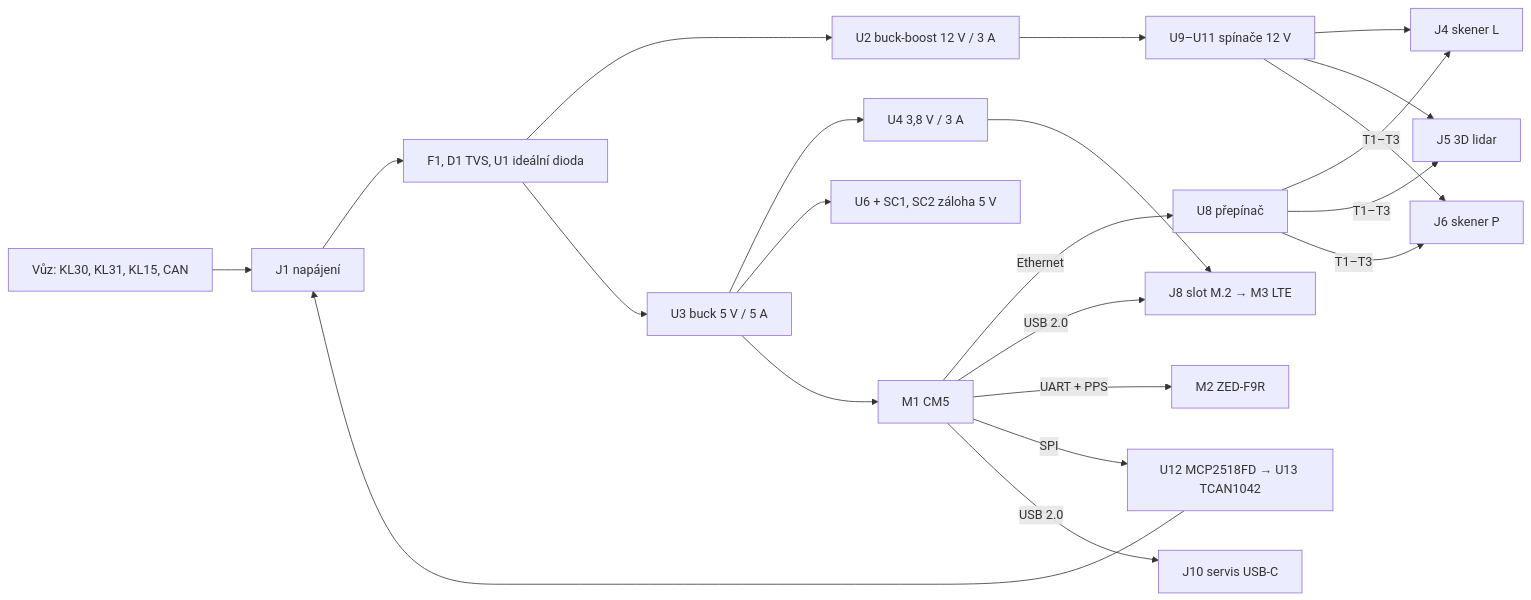
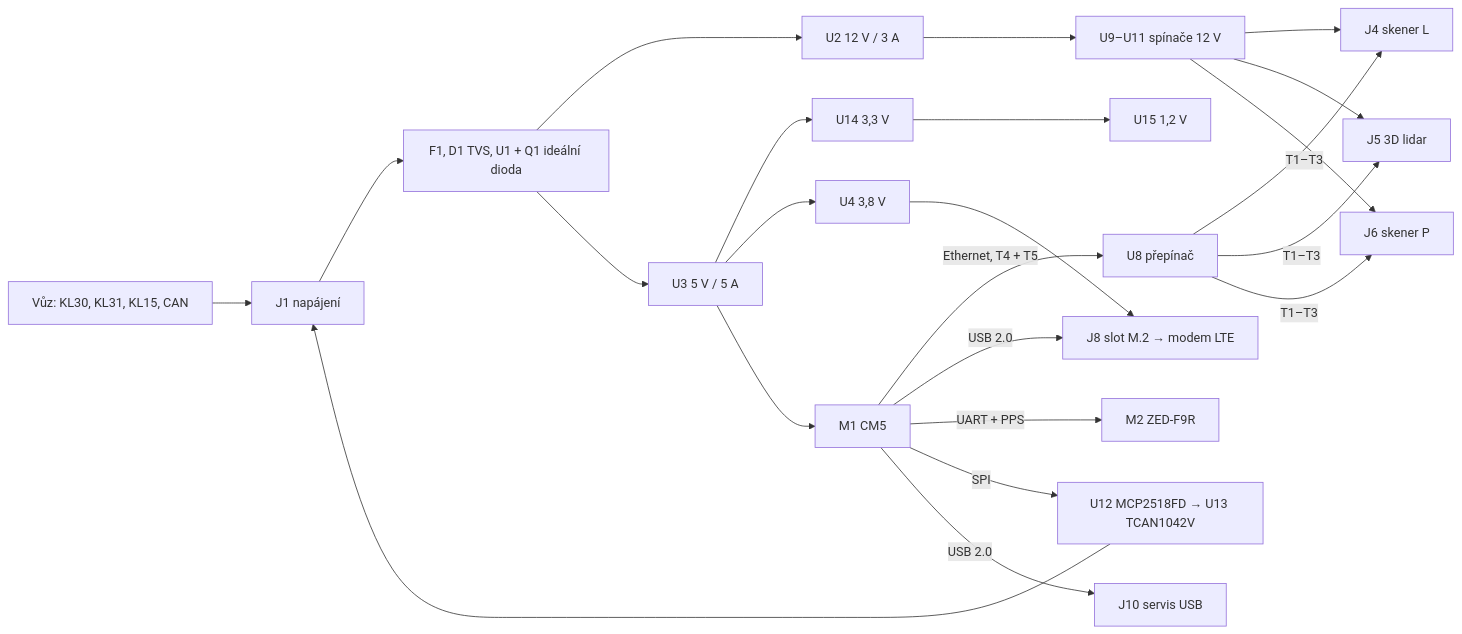
One commit to Zephyron-Tech/clearway-sensor changed the diagram in configurator/docs/v3-deska.md. Above: the diagram before and after it, drawn with Mermaid. The commit also changed other lines of this file and 41 other files, not shown here.

````diff
--- a/configurator/docs/v3-deska.md
+++ b/configurator/docs/v3-deska.md
@@ -19,20 +21,20 @@
 ```mermaid
 flowchart LR
   VUZ["Vůz: KL30, KL31, KL15, CAN"] --> J1[J1 napájení]
-  J1 --> PROT["F1, D1 TVS, U1 ideální dioda"]
-  PROT --> B12["U2 buck-boost 12 V / 3 A"]
-  PROT --> B5["U3 buck 5 V / 5 A"]
-  B5 --> B38["U4 3,8 V / 3 A"]
-  B5 --> SC["U6 + SC1, SC2 záloha 5 V"]
+  J1 --> PROT["F1, D1 TVS, U1 + Q1 ideální dioda"]
+  PROT --> B12["U2 12 V / 3 A"]
+  PROT --> B5["U3 5 V / 5 A"]
+  B5 --> B33["U14 3,3 V"] & B38["U4 3,8 V"]
+  B33 --> B12V["U15 1,2 V"]
   B12 --> HS["U9–U11 spínače 12 V"]
   HS --> P1[J4 skener L] & P2[J5 3D lidar] & P3[J6 skener P]
   B5 --> CM5[M1 CM5]
-  CM5 -- Ethernet --> SW[U8 přepínač]
+  CM5 -- "Ethernet, T4 + T5" --> SW[U8 přepínač]
   SW -- "T1–T3" --> P1 & P2 & P3
-  CM5 -- USB 2.0 --> M2S["J8 slot M.2 → M3 LTE"]
+  CM5 -- USB 2.0 --> M2S["J8 slot M.2 → modem LTE"]
   B38 --> M2S
   CM5 -- UART + PPS --> GNSS[M2 ZED-F9R]
-  CM5 -- SPI --> CAN["U12 MCP2518FD → U13 TCAN1042"]
+  CM5 -- SPI --> CAN["U12 MCP2518FD → U13 TCAN1042V"]
   CAN --> J1
-  CM5 -- USB 2.0 --> USB[J10 servis USB-C]
+  CM5 -- USB 2.0 --> USB[J10 servis USB]
 ```
````
